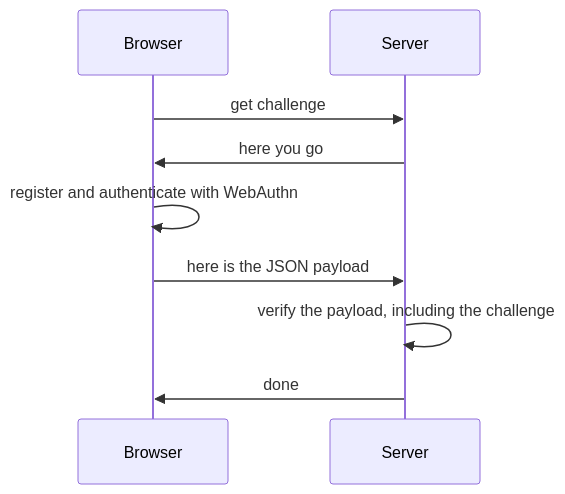
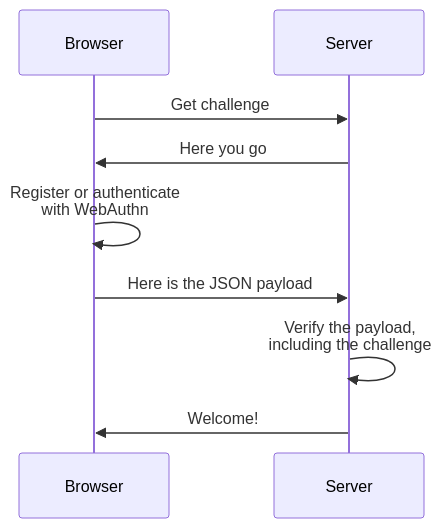
One commit to passwordless-id/webauthn changed the diagram in docs/index.md. Above: the diagram before and after it, drawn with Mermaid. The commit also changed other lines of this file and 1 other file, not shown here.

````diff
--- a/docs/index.md
+++ b/docs/index.md
@@ -74,9 +44,9 @@
 ```mermaid
 sequenceDiagram
-  Browser ->> Server: get challenge
-  Server ->> Browser: here you go
-  Browser ->> Browser: register and authenticate with WebAuthn
-  Browser ->> Server: here is the JSON payload
-  Server ->> Server: verify the payload, including the challenge
-  Server ->> Browser: done
+  Browser ->> Server: Get challenge
+  Server ->> Browser: Here you go
+  Browser ->> Browser: Register or authenticate<br> with WebAuthn
+  Browser ->> Server: Here is the JSON payload
+  Server ->> Server: Verify the payload,<br> including the challenge
+  Server ->> Browser: Welcome!
 ```
````
